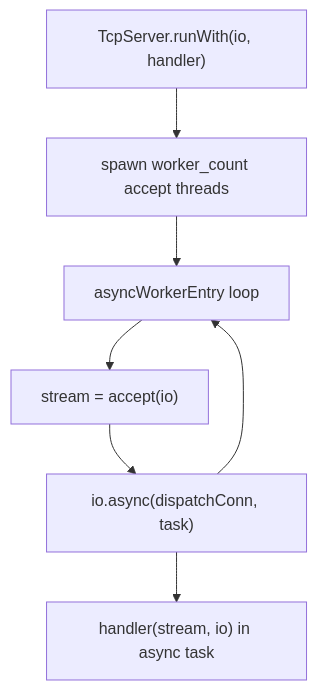
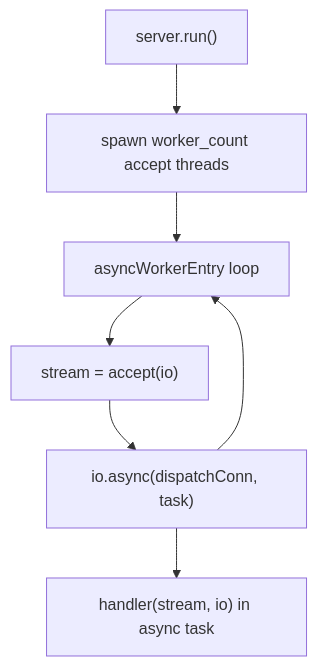
One commit to prothegee/zix changed the third of 4 diagrams in docs/hld-tcp-en.md. Above: the diagram before and after it, drawn with Mermaid. The commit also changed other lines of this file and 21 other files, not shown here.

````diff
--- a/docs/hld-tcp-en.md
+++ b/docs/hld-tcp-en.md
@@ -117,9 +136,9 @@
 ```mermaid
 flowchart TD
-    A["TcpServer.runWith(io, handler)"] --> B["spawn worker_count accept threads"]
+    A["server.run()"] --> B["spawn worker_count accept threads"]
     B --> C["asyncWorkerEntry loop"]
     C --> D["stream = accept(io)"]
     D --> E["io.async(dispatchConn, task)"]
     E --> C
     E --> F["handler(stream, io) in async task"]
 ```
````
